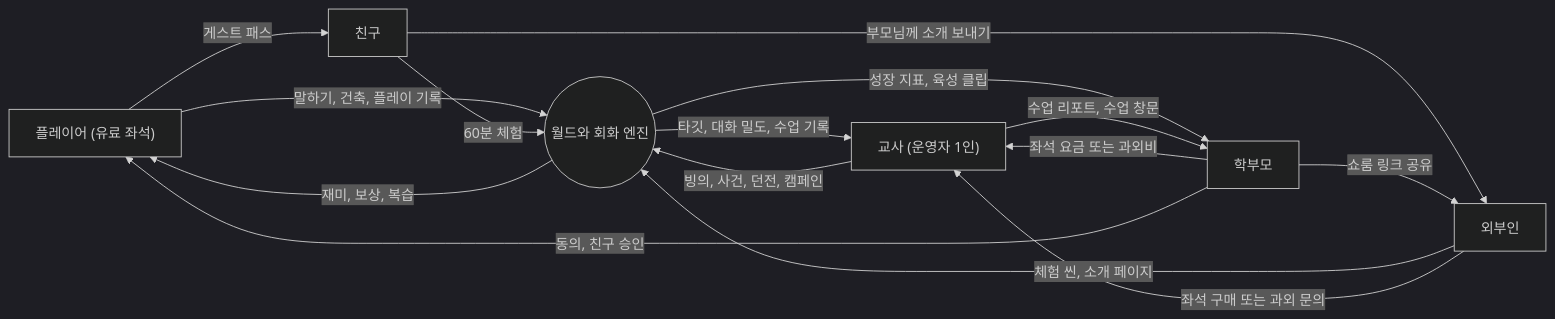
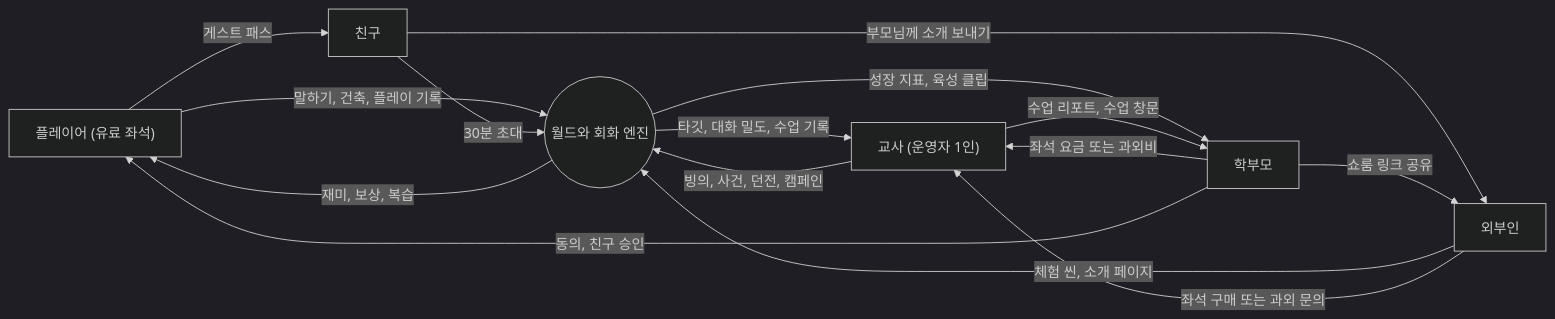
Before and after one commit to 24h-gambler/lcw-mosaic: the first of 7 diagrams in docs/10-flows.md, drawn with Mermaid (dark theme). The commit also changed other lines of this file and 21 other files, not shown here.

````diff
--- a/docs/10-flows.md
+++ b/docs/10-flows.md
@@ -7,23 +7,23 @@
 ```mermaid
 flowchart LR
   S["플레이어 (유료 좌석)"]
   T["교사 (운영자 1인)"]
   P["학부모"]
   O["외부인"]
   F["친구"]
   W(("월드와 회화 엔진"))
   S -->|"말하기, 건축, 플레이 기록"| W
   W -->|"재미, 보상, 복습"| S
   T -->|"빙의, 사건, 던전, 캠페인"| W
   W -->|"타깃, 대화 밀도, 수업 기록"| T
   W -->|"성장 지표, 육성 클립"| P
   T -->|"수업 리포트, 수업 창문"| P
   P -->|"좌석 요금 또는 과외비"| T
   P -->|"동의, 친구 승인"| S
   S -->|"게스트 패스"| F
-  F -->|"60분 체험"| W
+  F -->|"30분 초대"| W
   F -->|"부모님께 소개 보내기"| O
   P -->|"쇼룸 링크 공유"| O
   O -->|"체험 씬, 소개 페이지"| W
   O -->|"좌석 구매 또는 과외 문의"| T
 ```
````
